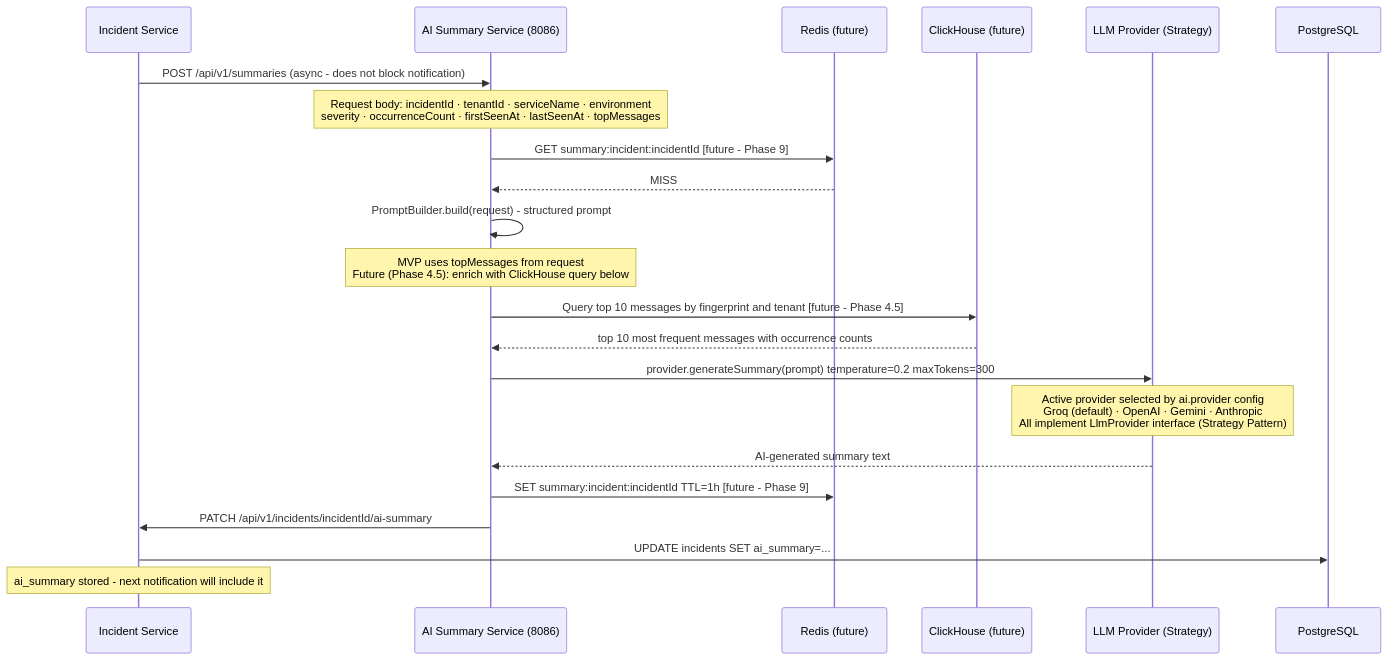
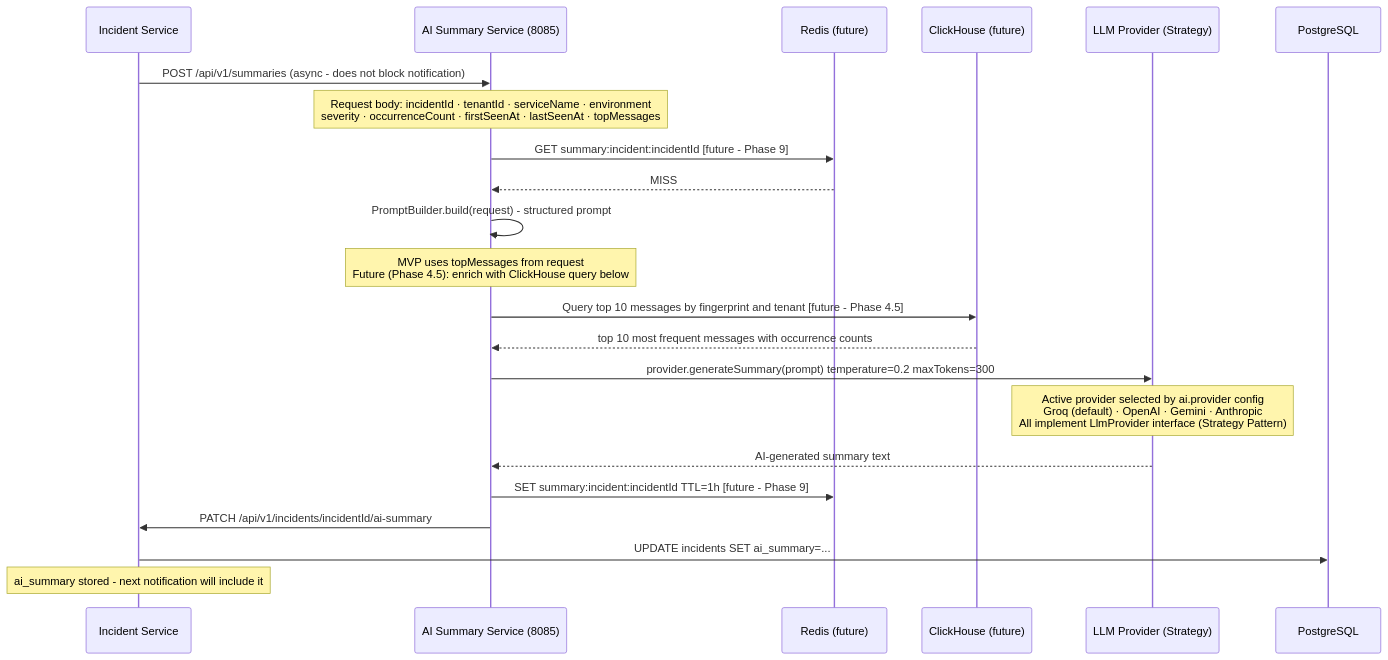
The seventh of 7 diagrams in content/docs/architecture/flow-diagrams.mdx (ashmitjsg/log0-website), drawn with Mermaid before and after one commit. The commit also changed 3 other files, not shown here.

Commit message:
feat: [log0-docs] update docs according to ai summary service

````diff
--- a/content/docs/architecture/flow-diagrams.mdx
+++ b/content/docs/architecture/flow-diagrams.mdx
@@ -392,31 +392,31 @@
 ```mermaid
 sequenceDiagram
     participant IS as Incident Service
-    participant AIS as AI Summary Service (8086)
+    participant AIS as AI Summary Service (8085)
     participant Cache as Redis (future)
     participant CH as ClickHouse (future)
     participant LLM as LLM Provider (Strategy)
     participant PG as PostgreSQL
 
     IS->>AIS: POST /api/v1/summaries (async - does not block notification)
     Note over AIS: Request body: incidentId · tenantId · serviceName · environment<br/>severity · occurrenceCount · firstSeenAt · lastSeenAt · topMessages
 
     AIS->>Cache: GET summary:incident:incidentId [future - Phase 9]
     Cache-->>AIS: MISS
 
     AIS->>AIS: PromptBuilder.build(request) - structured prompt
     Note over AIS: MVP uses topMessages from request<br/>Future (Phase 4.5): enrich with ClickHouse query below
 
     AIS->>CH: Query top 10 messages by fingerprint and tenant [future - Phase 4.5]
     CH-->>AIS: top 10 most frequent messages with occurrence counts
 
     AIS->>LLM: provider.generateSummary(prompt) temperature=0.2 maxTokens=300
     Note over LLM: Active provider selected by ai.provider config<br/>Groq (default) · OpenAI · Gemini · Anthropic<br/>All implement LlmProvider interface (Strategy Pattern)
     LLM-->>AIS: AI-generated summary text
 
     AIS->>Cache: SET summary:incident:incidentId TTL=1h [future - Phase 9]
     AIS->>IS: PATCH /api/v1/incidents/incidentId/ai-summary
     IS->>PG: UPDATE incidents SET ai_summary=...
 
     Note over IS: ai_summary stored - next notification will include it
 ```
````
